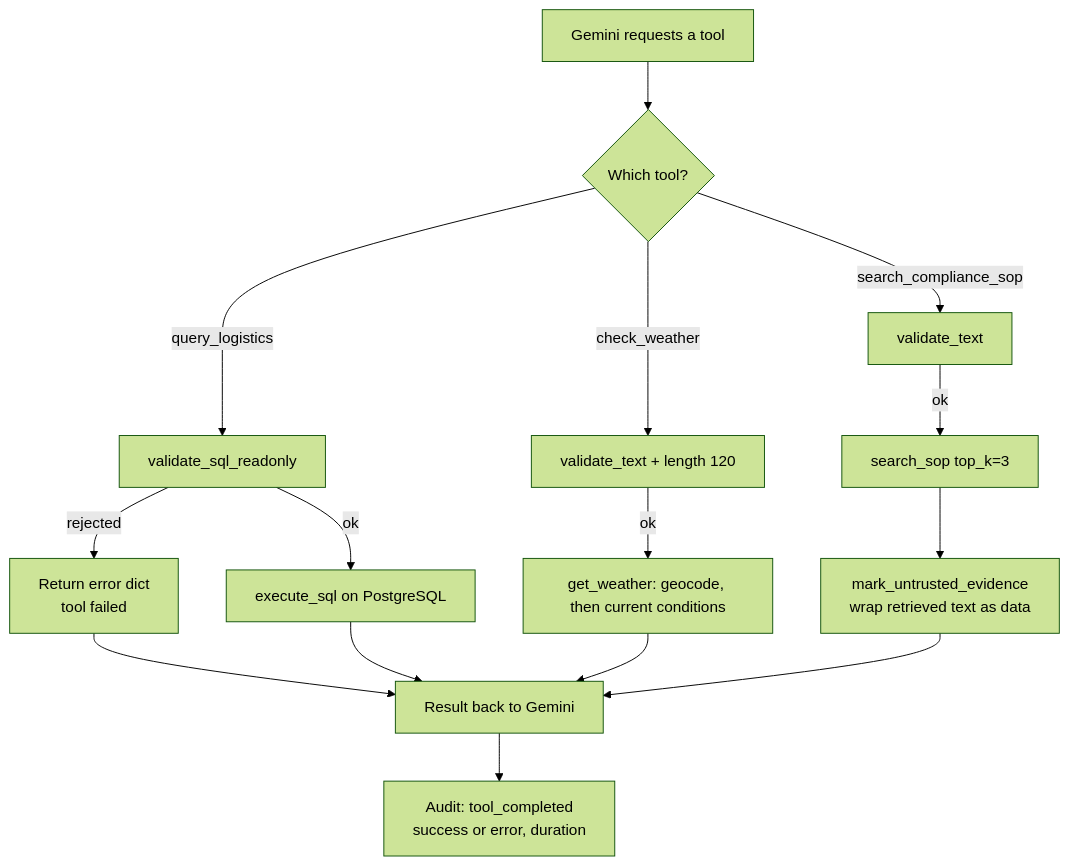
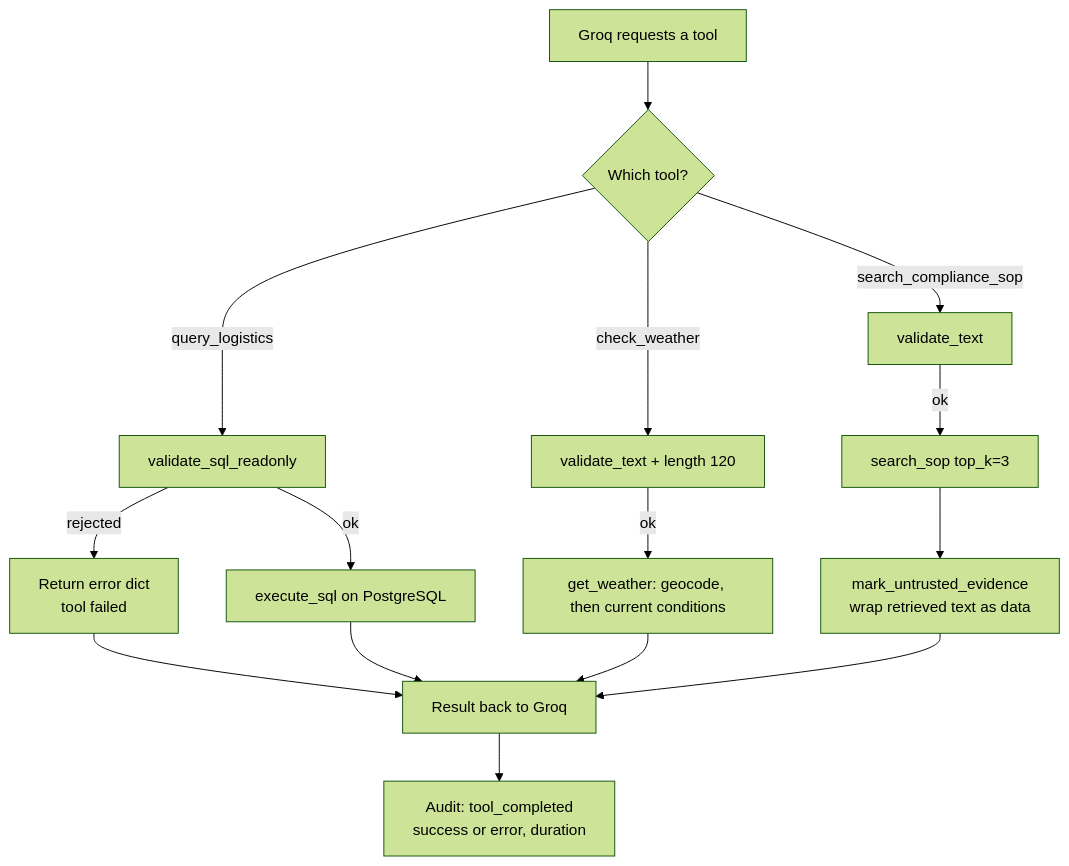
One commit to Nagendrakumarkv/FDE_COLD_CHAIN_AI changed the fourth of 8 diagrams in context/workflow.md. Above: the diagram before and after it, drawn with Mermaid (forest theme). The commit also changed other lines of this file and 19 other files, not shown here.

````diff
--- a/context/workflow.md
+++ b/context/workflow.md
@@ -73,17 +73,17 @@
 ```mermaid
 flowchart TD
-    A[Gemini requests a tool] --> B{Which tool?}
+    A[Groq requests a tool] --> B{Which tool?}
     B -->|query_logistics| C[validate_sql_readonly]
     B -->|check_weather| D[validate_text + length 120]
     B -->|search_compliance_sop| E[validate_text]
     C -->|rejected| X[Return error dict<br/>tool failed]
     C -->|ok| C2[execute_sql on PostgreSQL]
     D -->|ok| D2[get_weather: geocode, then current conditions]
     E -->|ok| E2[search_sop top_k=3]
     E2 --> E3[mark_untrusted_evidence<br/>wrap retrieved text as data]
-    C2 --> R[Result back to Gemini]
+    C2 --> R[Result back to Groq]
     D2 --> R
     E3 --> R
     X --> R
     R --> L[Audit: tool_completed<br/>success or error, duration]
 ```
````
